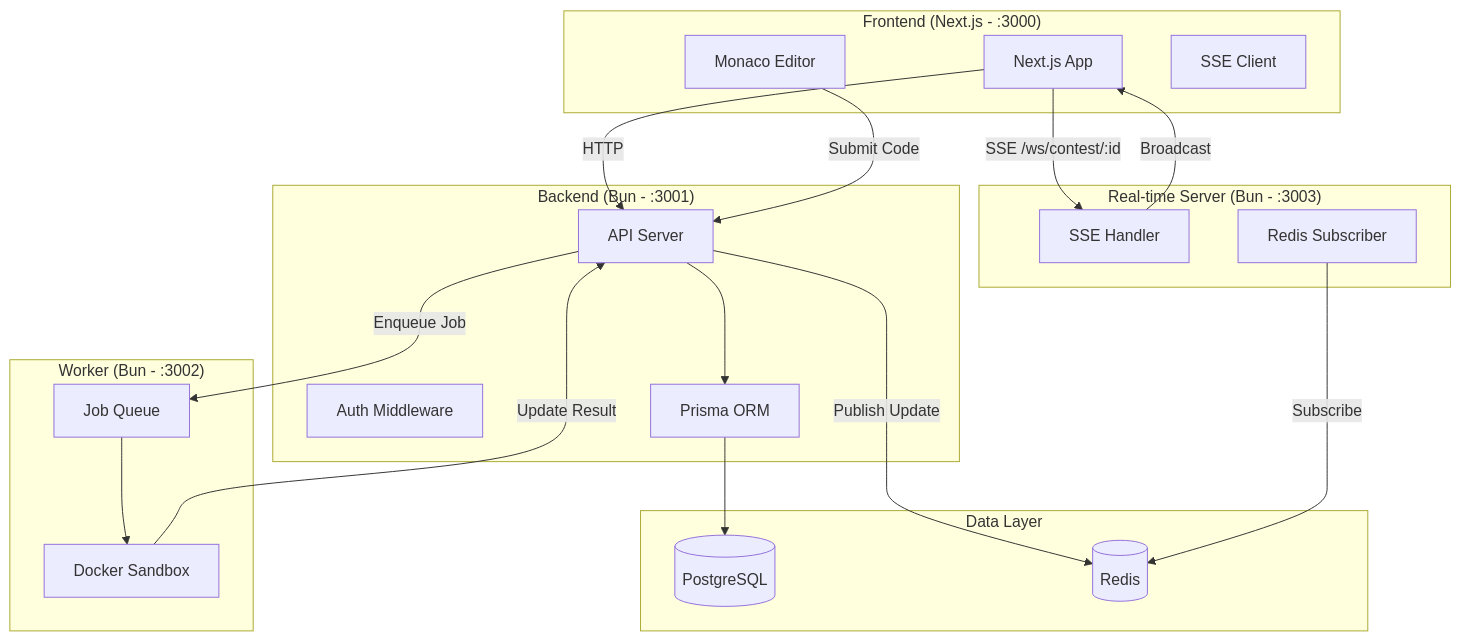
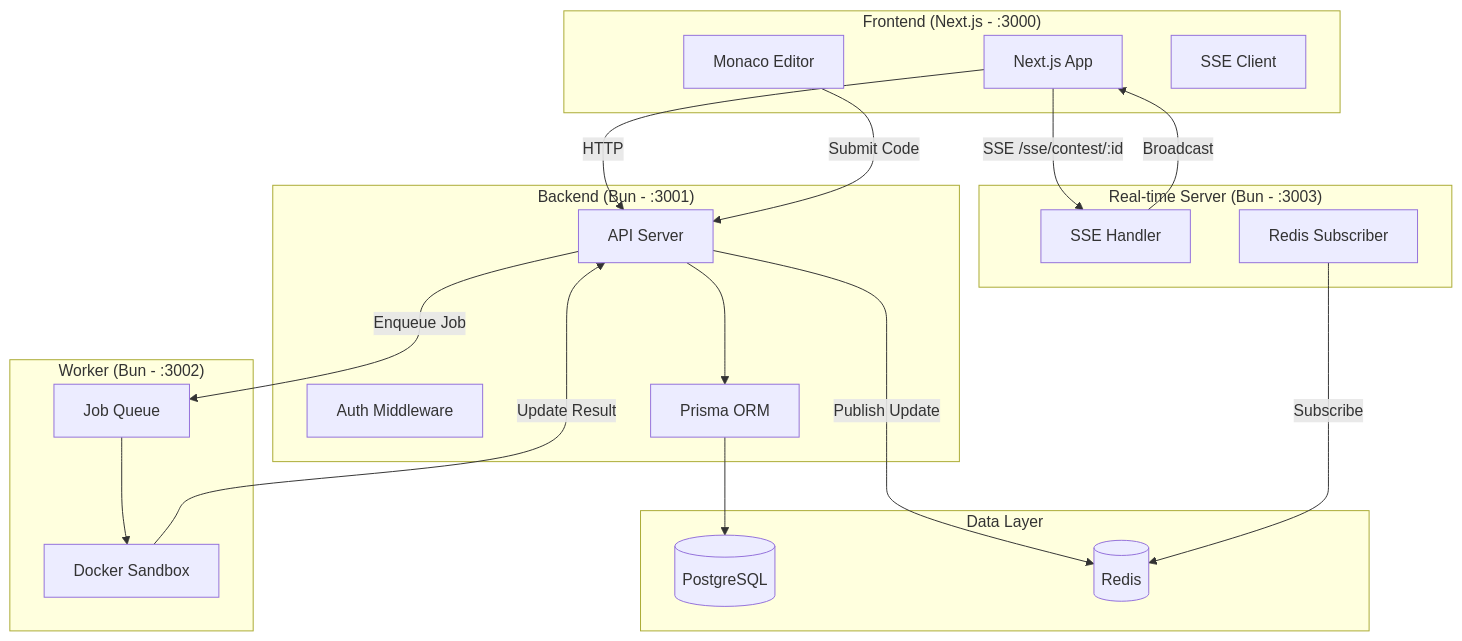
One commit to NalinDalal/AlgoHaven changed the first of 3 diagrams in docs/architecture.md. Above: the diagram before and after it, drawn with Mermaid. The commit also changed other lines of this file and 5 other files, not shown here.

````diff
--- a/docs/architecture.md
+++ b/docs/architecture.md
@@ -5,41 +5,41 @@
 ```mermaid
 flowchart TB
     subgraph Client["Frontend (Next.js - :3000)"]
         FE[Next.js App]
         Monaco[Monaco Editor]
         SSE[SSE Client]
     end
 
     subgraph Backend["Backend (Bun - :3001)"]
         API[API Server]
         Auth[Auth Middleware]
         Prisma[Prisma ORM]
     end
 
     subgraph Worker["Worker (Bun - :3002)"]
         Queue[Job Queue]
         Docker[Docker Sandbox]
     end
 
     subgraph Realtime["Real-time Server (Bun - :3003)"]
         SSE_Server[SSE Handler]
         RedisSub[Redis Subscriber]
     end
 
     subgraph Data["Data Layer"]
         PG[(PostgreSQL)]
         Redis[(Redis)]
     end
 
     FE -->|HTTP| API
-    FE -->|SSE /ws/contest/:id| SSE_Server
+    FE -->|SSE /sse/contest/:id| SSE_Server
     Monaco -->|Submit Code| API
     API --> Prisma
     API -->|Enqueue Job| Queue
     Queue --> Docker
     Docker -->|Update Result| API
     API -->|Publish Update| Redis
     RedisSub -->|Subscribe| Redis
     SSE_Server -->|Broadcast| FE
     Prisma --> PG
 ```
````
